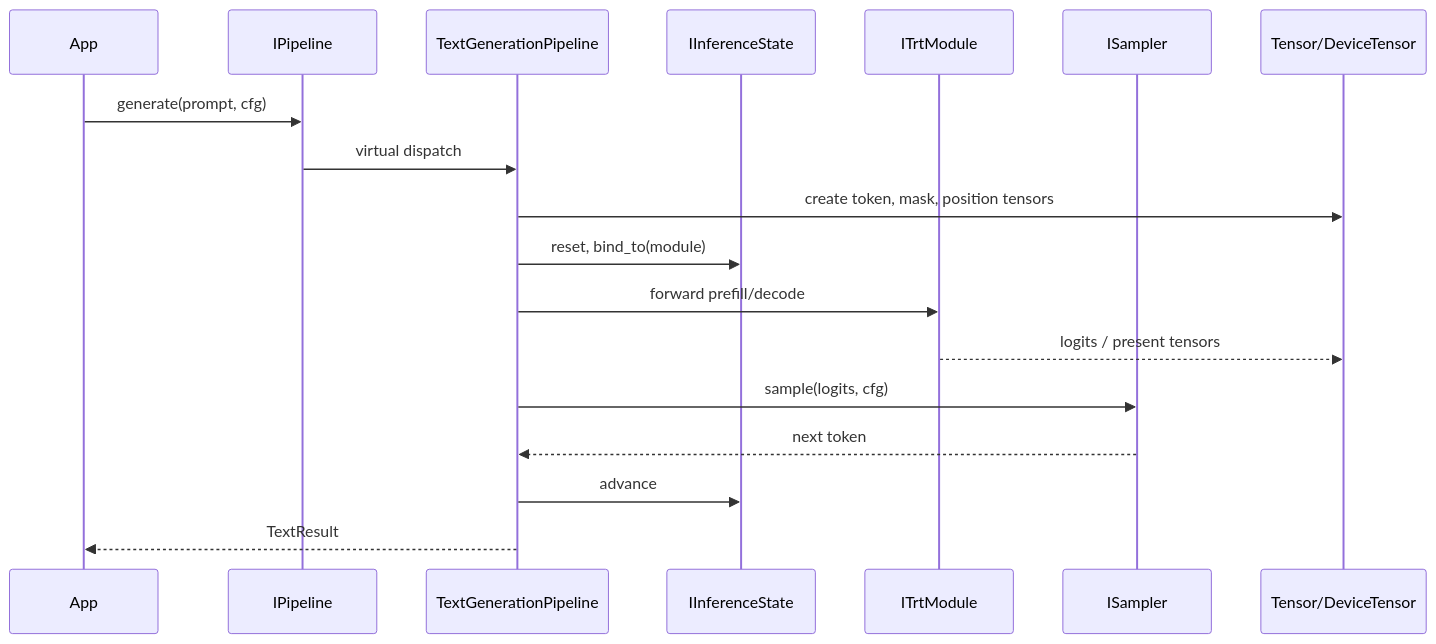
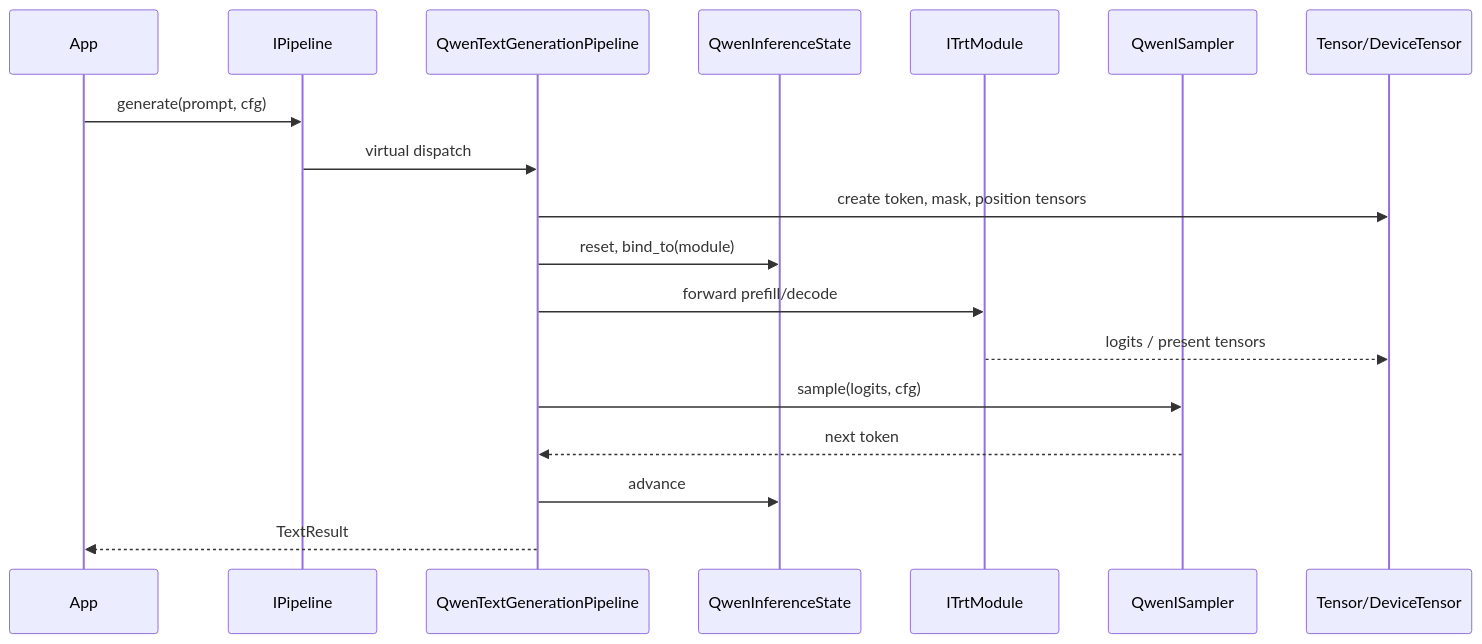
Before and after one commit to AbishekCoder1/TensorRT-Model-Connect: the third of 4 diagrams in website/docs/unit-design/building-blocks.md, drawn with Mermaid. The commit also changed other lines of this file and 83 other files, not shown here.

````diff
--- a/website/docs/unit-design/building-blocks.md
+++ b/website/docs/unit-design/building-blocks.md
@@ -143,21 +187,21 @@
 ```mermaid
 sequenceDiagram
   participant App
   participant API as IPipeline
-  participant Pipe as TextGenerationPipeline
-  participant State as IInferenceState
+  participant Pipe as QwenTextGenerationPipeline
+  participant State as QwenInferenceState
   participant Module as ITrtModule
-  participant Sampler as ISampler
+  participant Sampler as QwenISampler
   participant Tensor as Tensor/DeviceTensor
 
   App->>API: generate(prompt, cfg)
   API->>Pipe: virtual dispatch
   Pipe->>Tensor: create token, mask, position tensors
   Pipe->>State: reset, bind_to(module)
   Pipe->>Module: forward prefill/decode
   Module-->>Tensor: logits / present tensors
   Pipe->>Sampler: sample(logits, cfg)
   Sampler-->>Pipe: next token
   Pipe->>State: advance
   Pipe-->>App: TextResult
 ```
````
